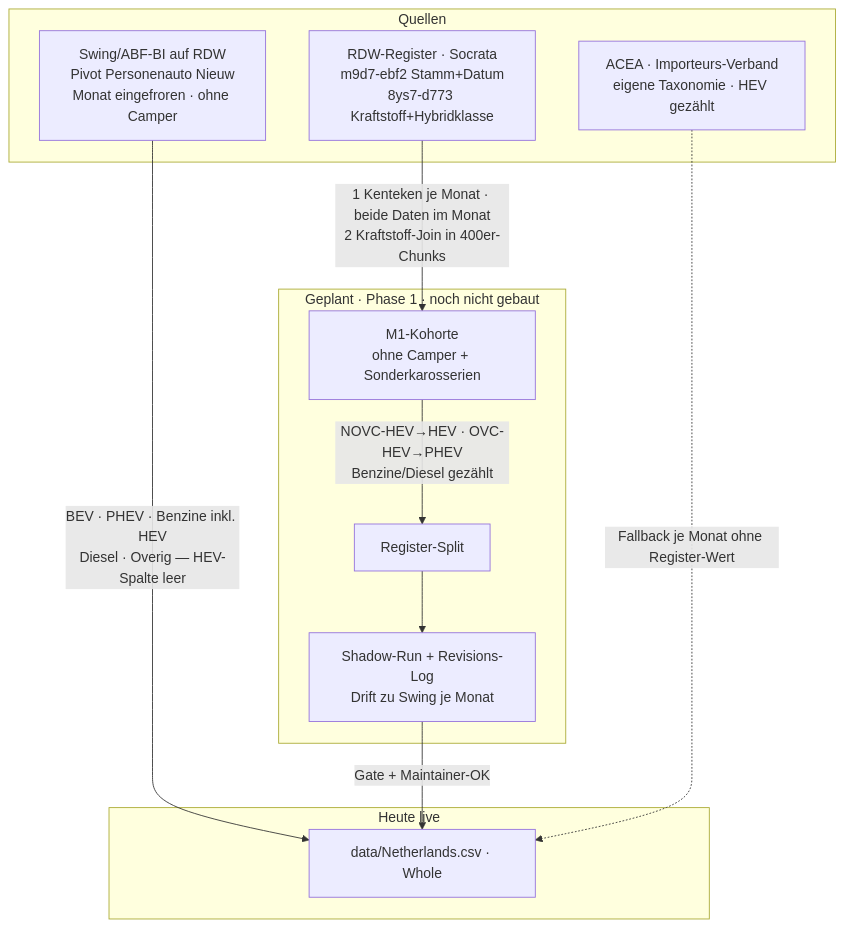
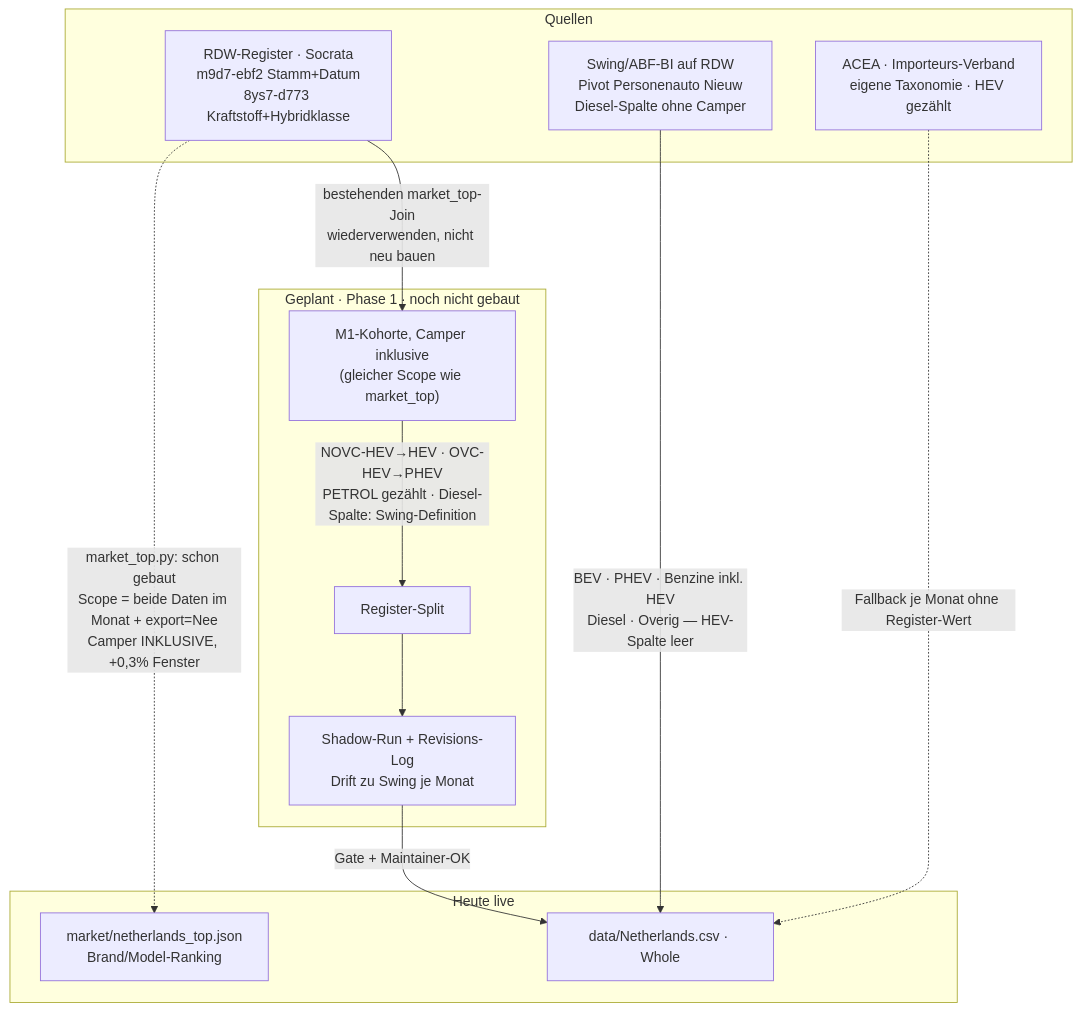
Before and after one commit to LeRaffl/LeRaffl-Gallery: the first of 2 diagrams in docs/architecture/66-proposal-primary-register-hev.md, drawn with Mermaid. The commit also changed other lines of this file, not shown here.

First line of the commit message:
docs: correct NL finding — campers belong in Whole, export filter was right

````diff
--- a/docs/architecture/66-proposal-primary-register-hev.md
+++ b/docs/architecture/66-proposal-primary-register-hev.md
@@ -454,18 +479,19 @@
 ```mermaid
 flowchart TB
     subgraph Q["Quellen"]
         RDW["RDW-Register · Socrata<br/>m9d7-ebf2 Stamm+Datum<br/>8ys7-d773 Kraftstoff+Hybridklasse"]
-        SWING["Swing/ABF-BI auf RDW<br/>Pivot Personenauto Nieuw<br/>Monat eingefroren · ohne Camper"]
+        SWING["Swing/ABF-BI auf RDW<br/>Pivot Personenauto Nieuw<br/>Diesel-Spalte ohne Camper"]
         ACEA["ACEA · Importeurs-Verband<br/>eigene Taxonomie · HEV gezählt"]
     end
     subgraph LIVE["Heute live"]
         SWING -->|"BEV · PHEV · Benzine inkl. HEV<br/>Diesel · Overig — HEV-Spalte leer"| CSV["data/Netherlands.csv · Whole"]
+        RDW -.->|"market_top.py: schon gebaut<br/>Scope = beide Daten im Monat + export=Nee<br/>Camper INKLUSIVE, +0,3% Fenster"| TOP["market/netherlands_top.json<br/>Brand/Model-Ranking"]
     end
     subgraph PLAN["Geplant · Phase 1 · noch nicht gebaut"]
-        RDW -->|"1 Kenteken je Monat · beide Daten im Monat<br/>2 Kraftstoff-Join in 400er-Chunks"| KO["M1-Kohorte<br/>ohne Camper + Sonderkarosserien"]
-        KO -->|"NOVC-HEV→HEV · OVC-HEV→PHEV<br/>Benzine/Diesel gezählt"| SP["Register-Split"]
+        RDW -->|"bestehenden market_top-Join<br/>wiederverwenden, nicht neu bauen"| KO["M1-Kohorte, Camper inklusive<br/>(gleicher Scope wie market_top)"]
+        KO -->|"NOVC-HEV→HEV · OVC-HEV→PHEV<br/>PETROL gezählt · Diesel-Spalte: Swing-Definition"| SP["Register-Split"]
         SP --> SH["Shadow-Run + Revisions-Log<br/>Drift zu Swing je Monat"]
         SH -->|"Gate + Maintainer-OK"| CSV
         ACEA -.->|"Fallback je Monat ohne Register-Wert"| CSV
     end
 ```
````
